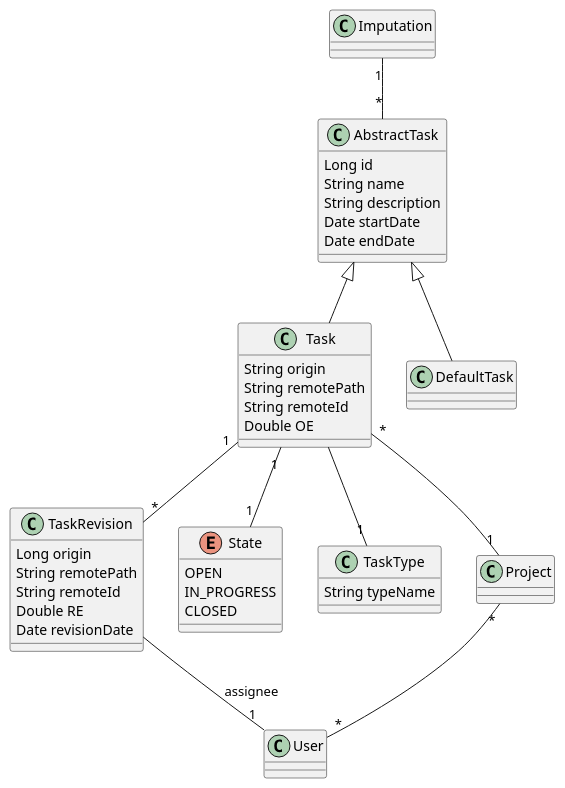
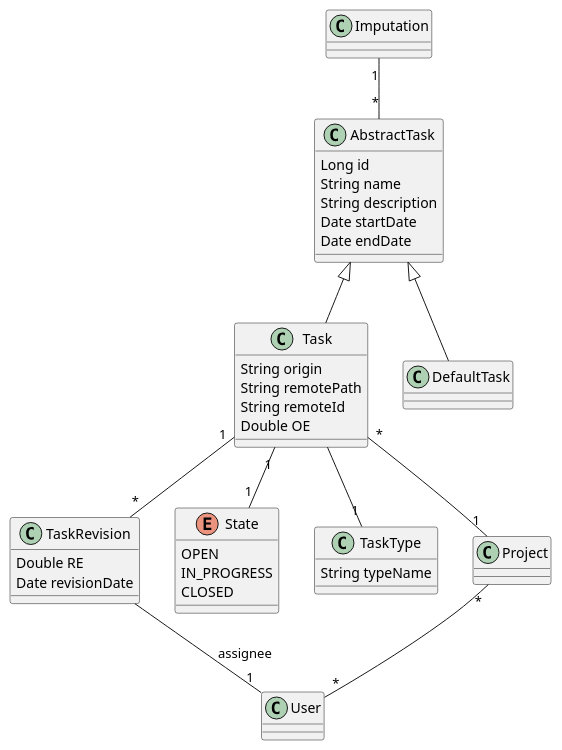
One commit to TimeboardIO/timeboard changed the diagram in docs/modeling/New_task.puml. Above: the diagram before and after it, drawn with PlantUML. The commit also changed 16 other files, not shown here.

Commit message:
Database schema migration

```diff
--- a/docs/modeling/New_task.puml
+++ b/docs/modeling/New_task.puml
@@ -1,52 +1,48 @@
 @startuml
 
 abstract class AbstractTask
 
 
 AbstractTask <|-- Task
 AbstractTask <|-- DefaultTask
 
 Imputation "1" -- "*" AbstractTask
 Task "1" -- "*" TaskRevision
 Task "1" -- "1" State
 Task -- "1" TaskType
 Task "*" -- "1" Project
 TaskRevision -- "1" User :assignee
 Project "*" -- "*" User
 
 class AbstractTask {
 Long id
 String name
 String description
 Date startDate
 Date endDate
 }
 
 
 class Task {
 String origin
 String remotePath
 String remoteId
 Double OE
 }
 
 class TaskRevision {
-Long origin
-String remotePath
-String remoteId
 Double RE
 Date revisionDate
-
 }
 
 enum State {
   OPEN
   IN_PROGRESS
   CLOSED
 }
 
 class TaskType {
   String typeName
 }
 
 @enduml
```
